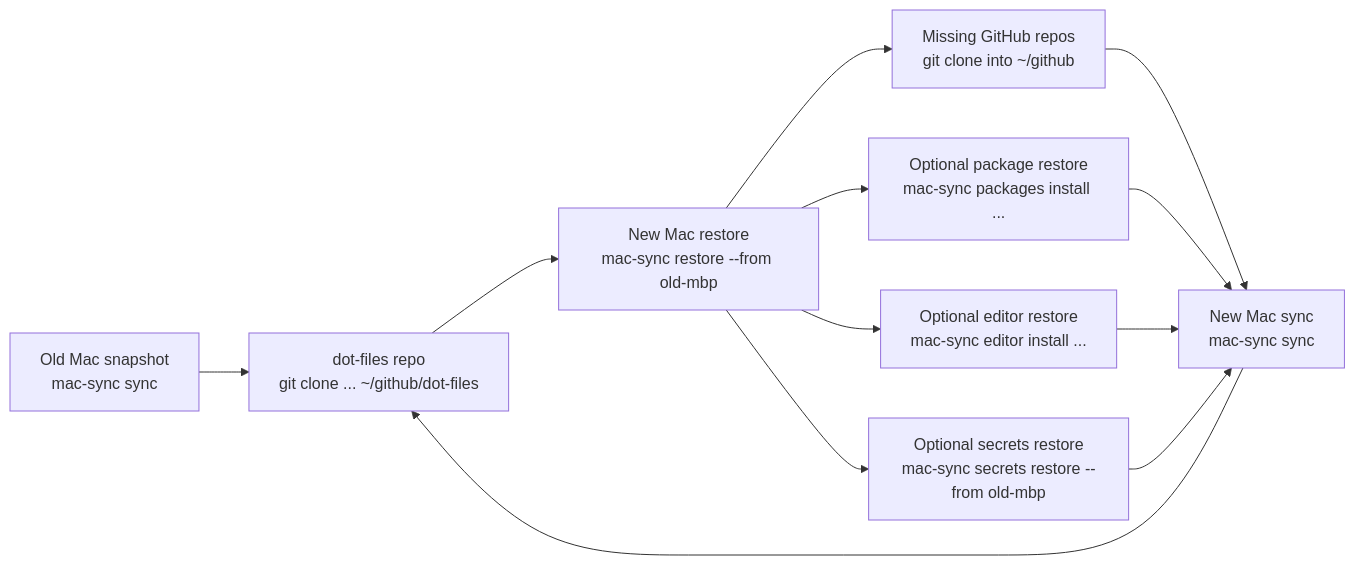
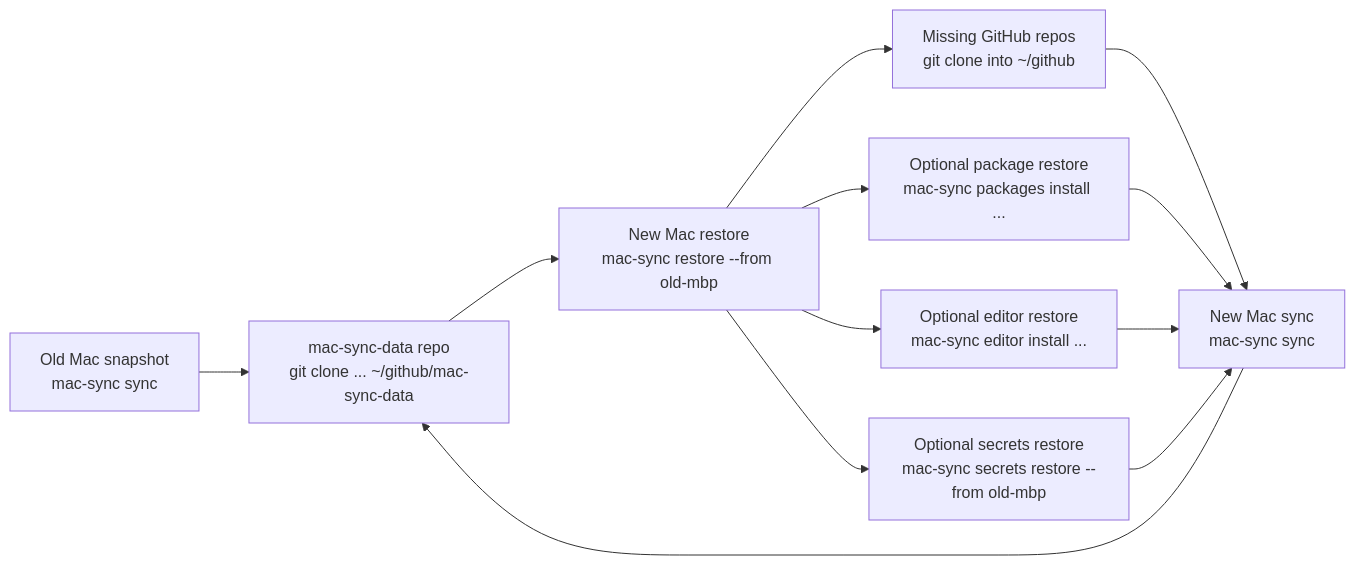
The fourth of 4 diagrams in WORKFLOW.md (stephenlclarke/mac-sync), drawn with Mermaid before and after one commit. The commit also changed other lines of this file and 51 other files, not shown here.

Commit message:
feat: add macOS sync control app

````diff
--- a/WORKFLOW.md
+++ b/WORKFLOW.md
@@ -345,14 +407,14 @@
 ```mermaid
 flowchart LR
-  Old["Old Mac snapshot<br/>mac-sync sync"] --> Dot["dot-files repo<br/>git clone ... ~/github/dot-files"]
-  Dot --> New["New Mac restore<br/>mac-sync restore --from old-mbp"]
+  Old["Old Mac snapshot<br/>mac-sync sync"] --> Data["mac-sync-data repo<br/>git clone ... ~/github/mac-sync-data"]
+  Data --> New["New Mac restore<br/>mac-sync restore --from old-mbp"]
   New --> Repos["Missing GitHub repos<br/>git clone into ~/github"]
   New --> Brew["Optional package restore<br/>mac-sync packages install ..."]
   New --> Editor["Optional editor restore<br/>mac-sync editor install ..."]
   New --> Secrets["Optional secrets restore<br/>mac-sync secrets restore --from old-mbp"]
   Repos --> Sync["New Mac sync<br/>mac-sync sync"]
   Brew --> Sync["New Mac sync<br/>mac-sync sync"]
   Editor --> Sync["New Mac sync<br/>mac-sync sync"]
   Secrets --> Sync
-  Sync --> Dot
+  Sync --> Data
 ```
````
